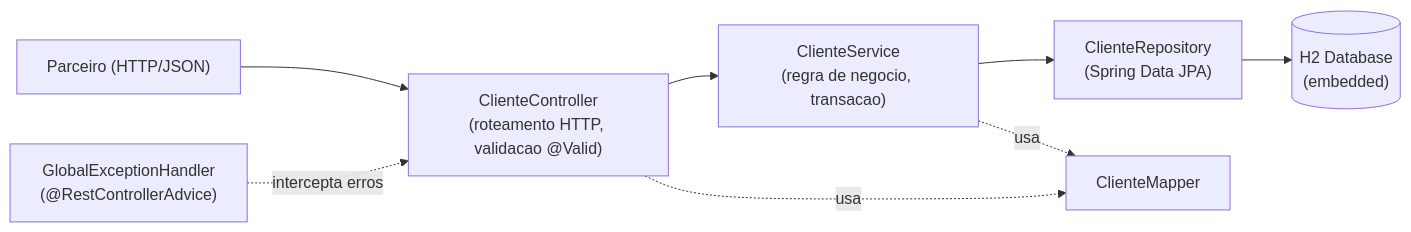
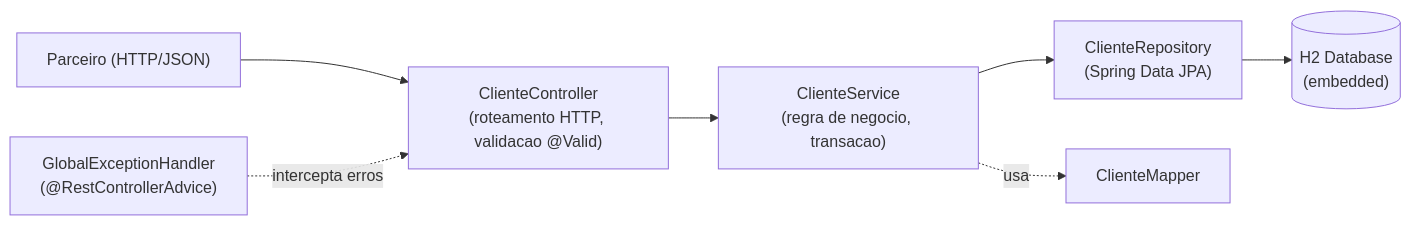
The second of 2 diagrams in docs/architecture.md (pelorca/desf5), drawn with Mermaid before and after one commit. The commit also changed other lines of this file and 1 other file, not shown here.

Commit message:
docs: fix Mapper diagram edge and document snake_case JSON convention

````diff
--- a/docs/architecture.md
+++ b/docs/architecture.md
@@ -22,10 +22,9 @@
 ```mermaid
 flowchart LR
     Cliente_HTTP["Parceiro (HTTP/JSON)"] --> Controller
     Controller["ClienteController\n(roteamento HTTP, validacao @Valid)"] --> Service
     Service["ClienteService\n(regra de negocio, transacao)"] --> Repository
     Repository["ClienteRepository\n(Spring Data JPA)"] --> DB[("H2 Database\n(embedded)")]
-    Controller -. usa .-> Mapper["ClienteMapper"]
-    Service -. usa .-> Mapper
+    Service -. usa .-> Mapper["ClienteMapper"]
     GlobalExceptionHandler["GlobalExceptionHandler\n(@RestControllerAdvice)"] -. intercepta erros .-> Controller
 ```
````
